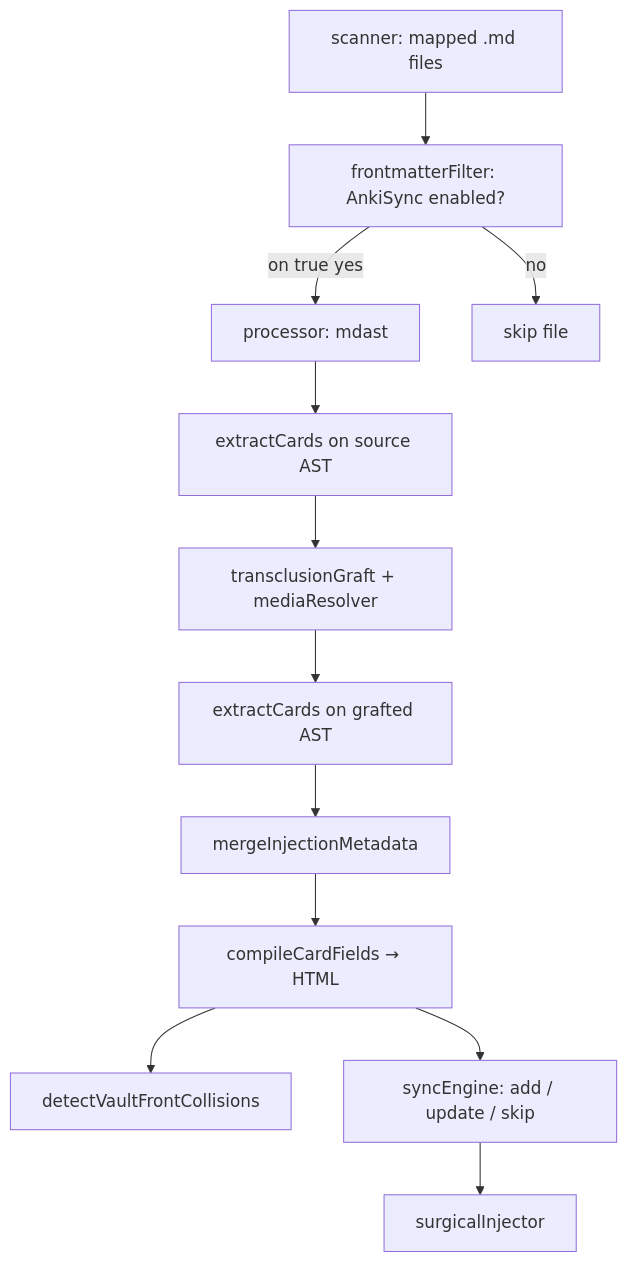
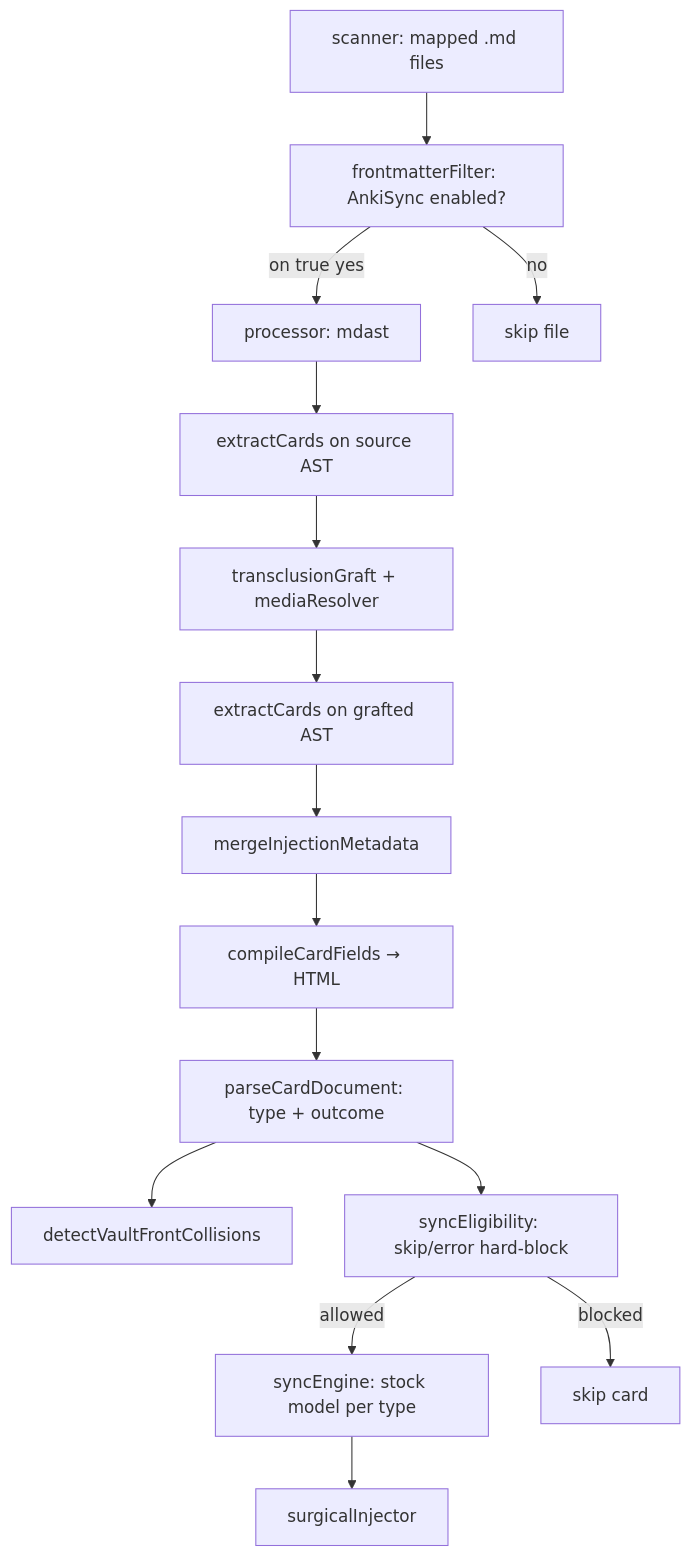
One commit to zunaidFarouque/Obsidian-Anki-AST-Engine changed the first of 2 diagrams in Docs/Engine-Architecture.md. Above: the diagram before and after it, drawn with Mermaid. The commit also changed other lines of this file and 56 other files, not shown here.

````diff
--- a/Docs/Engine-Architecture.md
+++ b/Docs/Engine-Architecture.md
@@ -9,21 +11,25 @@
 ```mermaid
 flowchart TD
   scan[scanner: mapped .md files]
   gate[frontmatterFilter: AnkiSync enabled?]
   parse[processor: mdast]
   extractPre[extractCards on source AST]
   graft[transclusionGraft + mediaResolver]
   merge[mergeInjectionMetadata]
   extractPost[extractCards on grafted AST]
   compile[compileCardFields → HTML]
+  resolve[parseCardDocument: type + outcome]
   dup[detectVaultFrontCollisions]
-  anki[syncEngine: add / update / skip]
+  elig[syncEligibility: skip/error hard-block]
+  anki[syncEngine: stock model per type]
   inject[surgicalInjector]
   scan --> gate
   gate -->|no| skip[skip file]
   gate -->|on true yes| parse
   parse --> extractPre --> graft --> extractPost --> merge
-  merge --> compile --> dup
-  compile --> anki
+  merge --> compile --> resolve --> dup
+  resolve --> elig
+  elig -->|allowed| anki
+  elig -->|blocked| skipCard[skip card]
   anki --> inject
 ```
````
